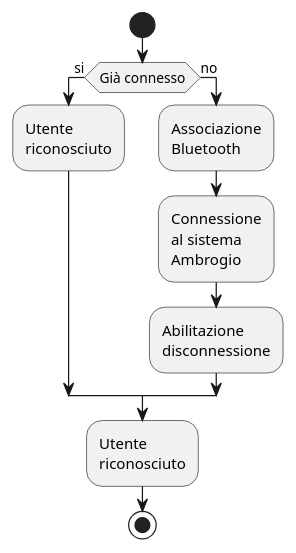
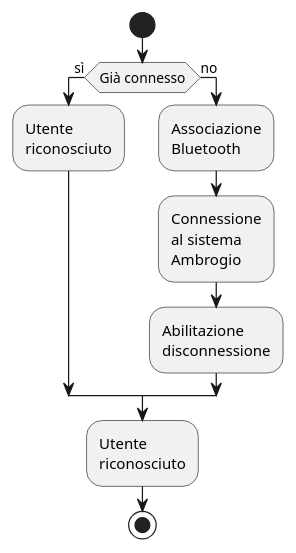
Before and after one commit to Andribi/AmbrogioDiagrams: the diagram in A1.puml, drawn with PlantUML. The commit also changed 2 other files, not shown here.

```diff
--- a/A1.puml
+++ b/A1.puml
@@ -1,18 +1,18 @@
 @startuml
 
 'Requisiti
 '1.1.	Prima connessione dell’utente
 '1.2.	Riconoscimento dell’utente nel tempo
 
 skinparam ConditionEndStyle hline
 start
-if (Già connesso) then (si)
+if (Già connesso) then (sì)
 :Utente\nriconosciuto;
 else (no)
 :Associazione\nBluetooth;
 :Connessione\nal sistema\nAmbrogio;
 :Abilitazione\ndisconnessione;
 Endif
 :Utente\nriconosciuto;
 stop
 @enduml
```
